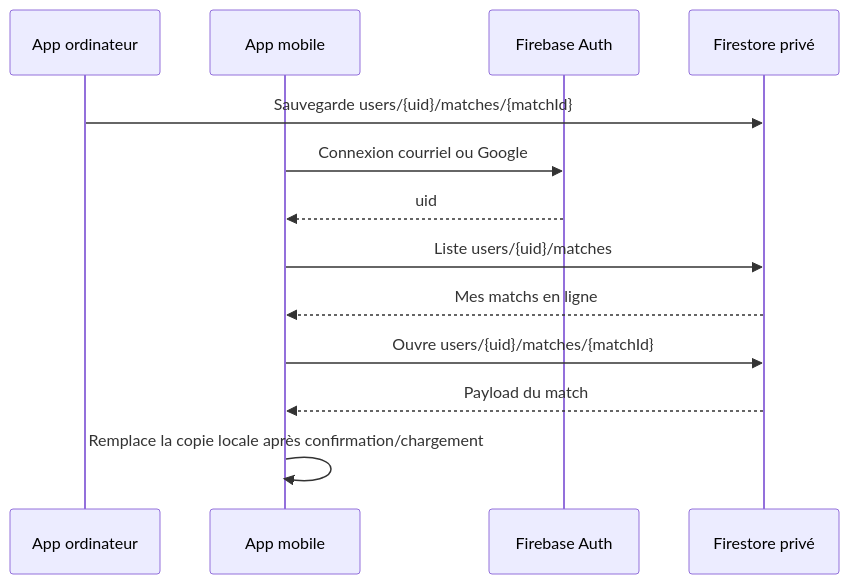
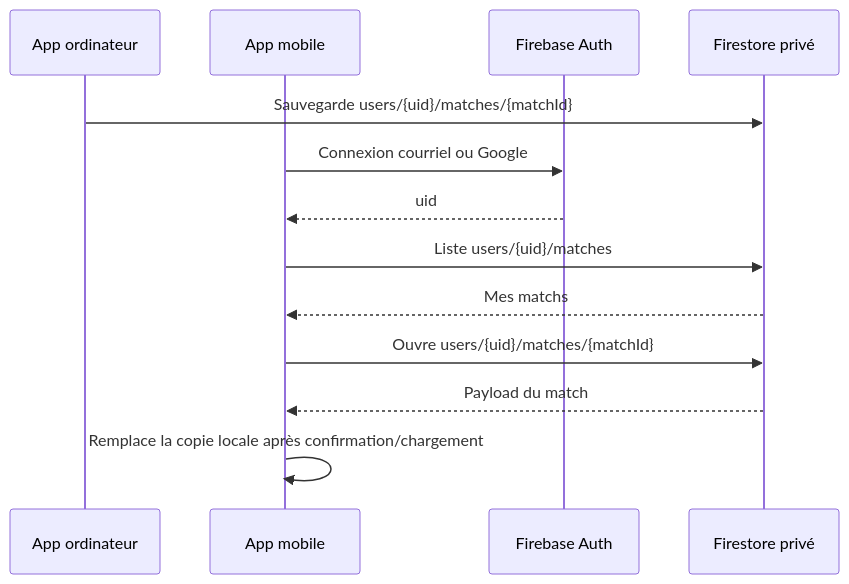
The fourth of 8 diagrams in docs/firebase-firestore-sync.md (flegault/rallye-cap), drawn with Mermaid before and after one commit. The commit also changed other lines of this file and 12 other files, not shown here.

Commit message:
Polish cloud sharing roadmap and spectator program

````diff
--- a/docs/firebase-firestore-sync.md
+++ b/docs/firebase-firestore-sync.md
@@ -91,16 +92,16 @@
 ```mermaid
 sequenceDiagram
   participant Desktop as App ordinateur
   participant Mobile as App mobile
   participant Auth as Firebase Auth
   participant FS as Firestore privé
 
   Desktop->>FS: Sauvegarde users/{uid}/matches/{matchId}
   Mobile->>Auth: Connexion courriel ou Google
   Auth-->>Mobile: uid
   Mobile->>FS: Liste users/{uid}/matches
-  FS-->>Mobile: Mes matchs en ligne
+  FS-->>Mobile: Mes matchs
   Mobile->>FS: Ouvre users/{uid}/matches/{matchId}
   FS-->>Mobile: Payload du match
   Mobile->>Mobile: Remplace la copie locale après confirmation/chargement
 ```
````
